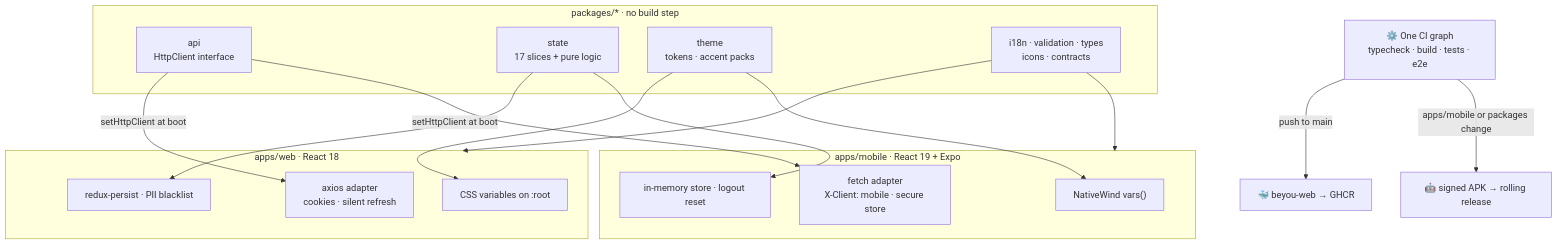
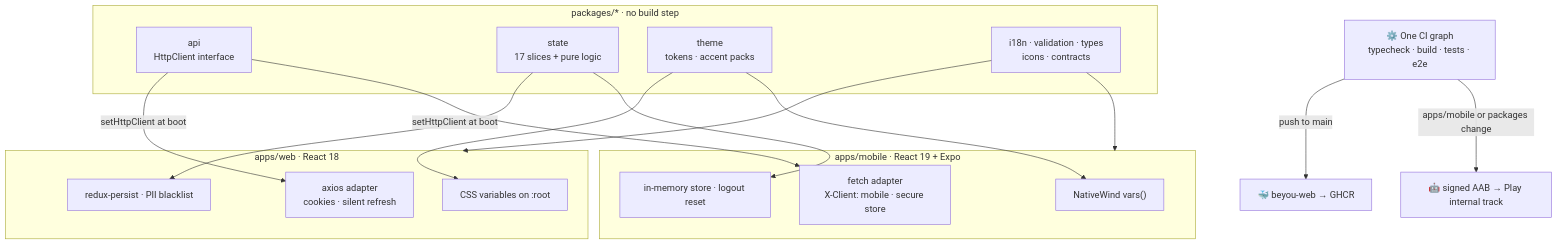
Before and after one commit to AndDev741/Beyou-arch-design: the diagram in architecture/monorepo/diagram.mmd, drawn with Mermaid. The commit also changed 5 other files, not shown here.

First line of the commit message:
docs: the mobile app ships through the Play internal track

```diff
--- a/architecture/monorepo/diagram.mmd
+++ b/architecture/monorepo/diagram.mmd
@@ -1,32 +1,32 @@
 flowchart TD
   subgraph pkgs["packages/* · no build step"]
     API["api<br/>HttpClient interface"]
     ST["state<br/>17 slices + pure logic"]
     TH["theme<br/>tokens · accent packs"]
     I18["i18n · validation · types<br/>icons · contracts"]
   end
 
   subgraph web["apps/web · React 18"]
     WAD["axios adapter<br/>cookies · silent refresh"]
     WPR["redux-persist · PII blacklist"]
     WCSS["CSS variables on :root"]
   end
 
   subgraph mob["apps/mobile · React 19 + Expo"]
     MAD["fetch adapter<br/>X-Client: mobile · secure store"]
     MST["in-memory store · logout reset"]
     MNW["NativeWind vars()"]
   end
 
   API -->|"setHttpClient at boot"| WAD
   API -->|"setHttpClient at boot"| MAD
   ST --> WPR
   ST --> MST
   TH --> WCSS
   TH --> MNW
   I18 --> web
   I18 --> mob
 
   CI["⚙️ One CI graph<br/>typecheck · build · tests · e2e"]
   CI -->|"push to main"| GHCR["🐳 beyou-web → GHCR"]
-  CI -->|"apps/mobile or packages change"| APK["🤖 signed APK → rolling release"]
+  CI -->|"apps/mobile or packages change"| AAB["🤖 signed AAB → Play internal track"]
```
